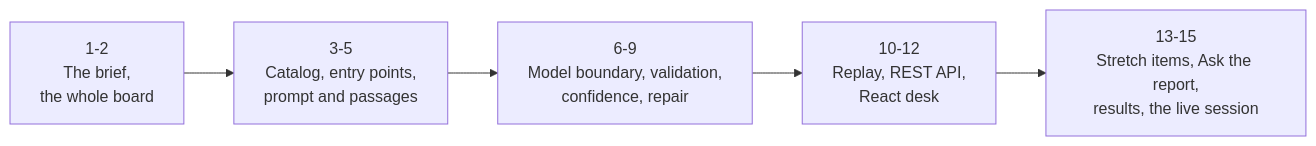
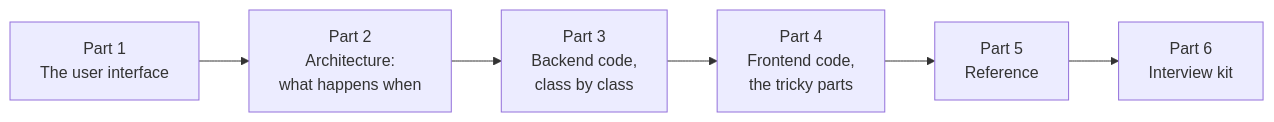
The first of 11 diagrams in src/Data/projectsDocs/TGX-01.md (shubamchaudhary/CodeNITW), drawn with Mermaid before and after one commit. The commit also changed other lines of this file, not shown here.

````diff
--- a/src/Data/projectsDocs/TGX-01.md
+++ b/src/Data/projectsDocs/TGX-01.md
@@ -7,7 +9,8 @@
 ```mermaid
 flowchart LR
-    A["1-2<br/>The brief,<br/>the whole board"] --> B["3-5<br/>Catalog, entry points,<br/>prompt and passages"]
-    B --> C["6-9<br/>Model boundary, validation,<br/>confidence, repair"]
-    C --> D["10-12<br/>Replay, REST API,<br/>React desk"]
-    D --> E["13-15<br/>Stretch items, Ask the report,<br/>results, the live session"]
+    U["Part 1<br/>The user interface"] --> A["Part 2<br/>Architecture:<br/>what happens when"]
+    A --> B["Part 3<br/>Backend code,<br/>class by class"]
+    B --> F["Part 4<br/>Frontend code,<br/>the tricky parts"]
+    F --> R["Part 5<br/>Reference"]
+    R --> K["Part 6<br/>Interview kit"]
 ```
````
